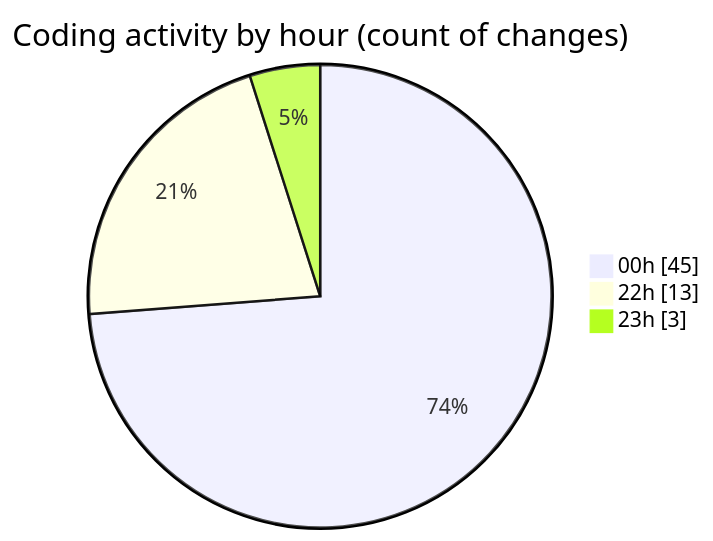
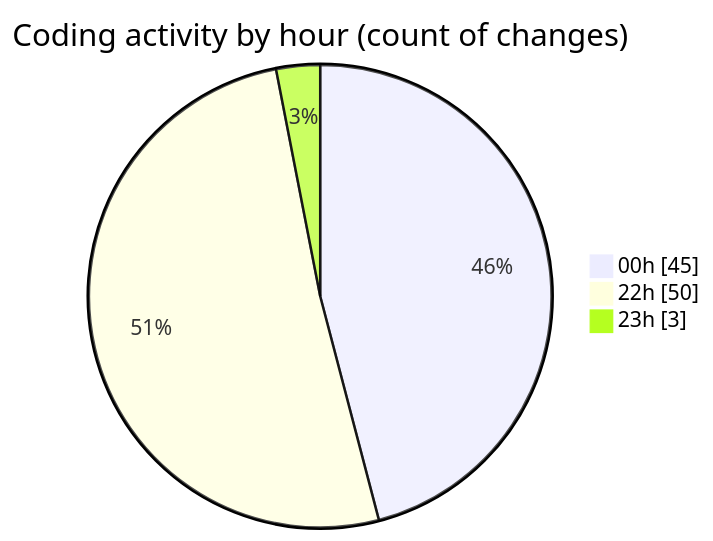
One commit to Ritupan-Deka/code-tracking changed the second of 2 diagrams in 2025-07-29/javascript/README.md. Above: the diagram before and after it, drawn with Mermaid. The commit also changed other lines of this file and 1 other file, not shown here.

````diff
--- a/2025-07-29/javascript/README.md
+++ b/2025-07-29/javascript/README.md
@@ -29,7 +29,7 @@
 ```mermaid
 pie showData
 title Coding activity by hour (count of changes)
 "00h" : 45
-"22h" : 13
+"22h" : 50
 "23h" : 3
 ```
````
